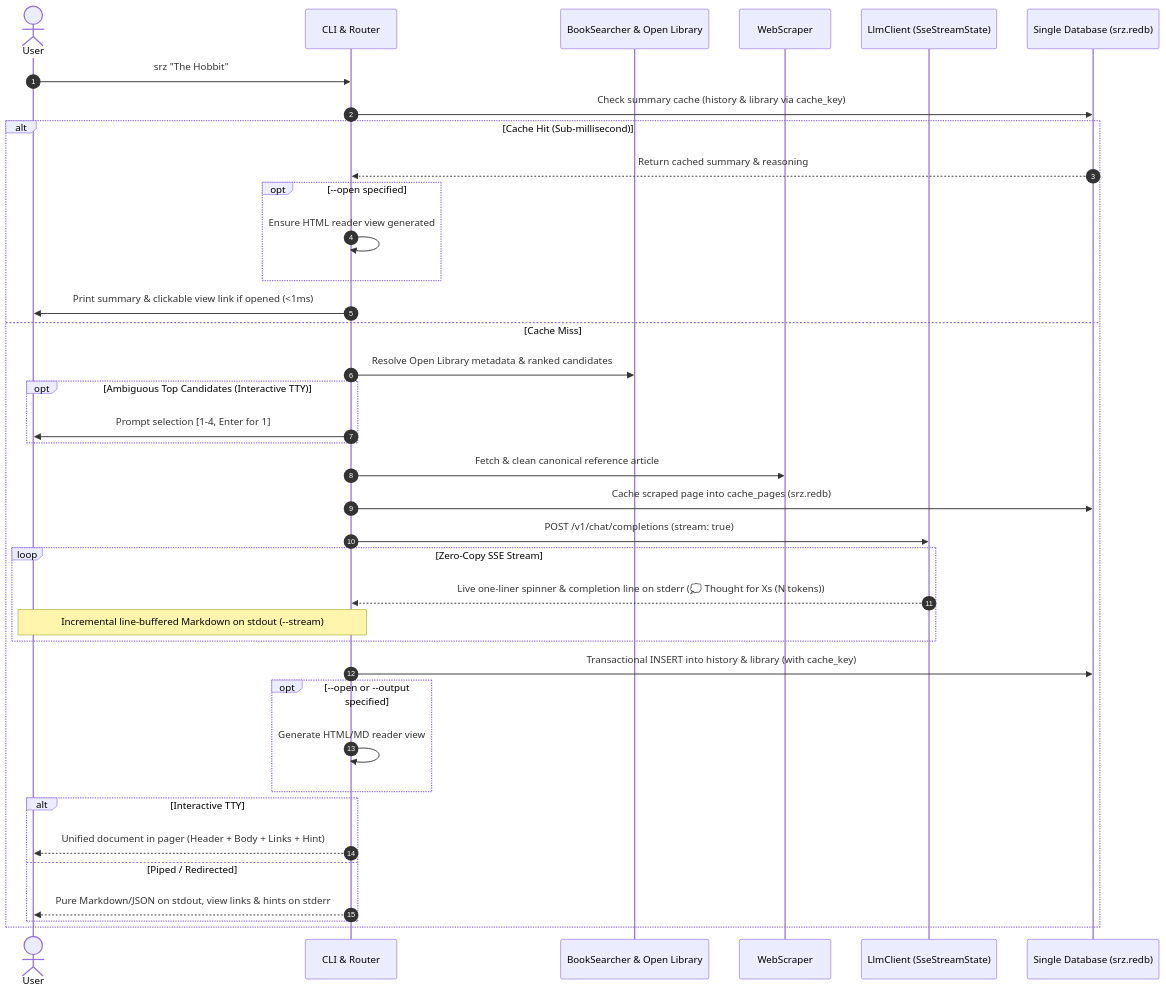
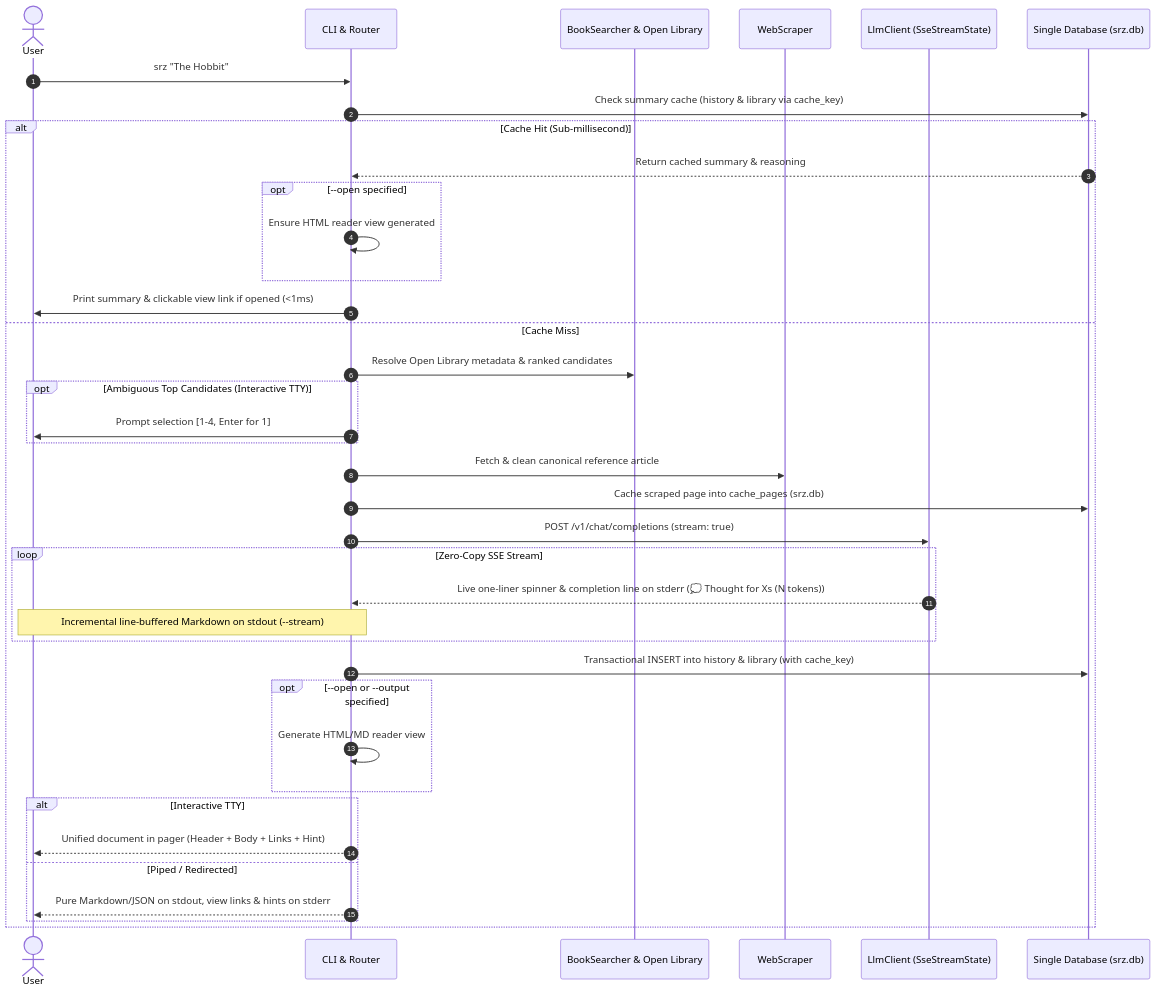
The second of 4 diagrams in docs/src/architecture.md (NewGuy012/srz), drawn with Mermaid before and after one commit. The commit also changed other lines of this file and 4 other files, not shown here.

Commit message:
docs: update markdown documentation for refactored architecture

````diff
--- a/docs/src/architecture.md
+++ b/docs/src/architecture.md
@@ -131,41 +132,41 @@
 ```mermaid
 sequenceDiagram
     autonumber
     actor User
     participant CLI as CLI & Router
     participant Search as BookSearcher & Open Library
     participant Scraper as WebScraper
     participant LLM as LlmClient (SseStreamState)
-    participant DB as Single Database (srz.redb)
+    participant DB as Single Database (srz.db)
 
     User->>CLI: srz "The Hobbit"
     CLI->>DB: Check summary cache (history & library via cache_key)
     alt Cache Hit (Sub-millisecond)
         DB-->>CLI: Return cached summary & reasoning
         opt --open specified
             CLI->>CLI: Ensure HTML reader view generated
         end
         CLI->>User: Print summary & clickable view link if opened (<1ms)
     else Cache Miss
         CLI->>Search: Resolve Open Library metadata & ranked candidates
         opt Ambiguous Top Candidates (Interactive TTY)
             CLI->>User: Prompt selection [1-4, Enter for 1]
         end
         CLI->>Scraper: Fetch & clean canonical reference article
-        CLI->>DB: Cache scraped page into cache_pages (srz.redb)
+        CLI->>DB: Cache scraped page into cache_pages (srz.db)
         CLI->>LLM: POST /v1/chat/completions (stream: true)
         loop Zero-Copy SSE Stream
             LLM-->>CLI: Live one-liner spinner & completion line on stderr (💭 Thought for Xs (N tokens))
             Note over CLI,User: Incremental line-buffered Markdown on stdout (--stream)
         end
         CLI->>DB: Transactional INSERT into history & library (with cache_key)
         opt --open or --output specified
             CLI->>CLI: Generate HTML/MD reader view
         end
         alt Interactive TTY
             CLI-->>User: Unified document in pager (Header + Body + Links + Hint)
         else Piped / Redirected
             CLI-->>User: Pure Markdown/JSON on stdout, view links & hints on stderr
         end
     end
 ```
````
